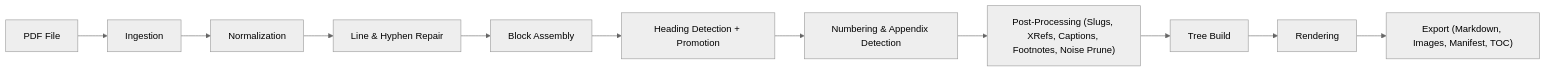
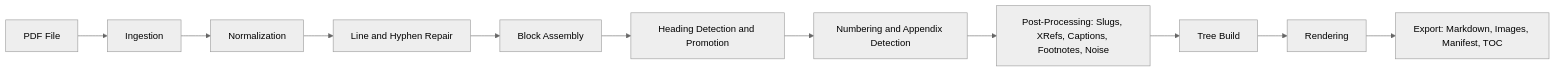
Before and after one commit to FBakkensen/bc-automated-tests-doc: the first of 5 diagrams in doc/design.md, drawn with Mermaid (neutral theme). The commit also changed other lines of this file and 4 other files, not shown here.

````diff
--- a/doc/design.md
+++ b/doc/design.md
@@ -21,13 +21,13 @@
 ```mermaid
 flowchart LR
-  A["PDF File"] --> B[Ingestion]
-  B --> C[Normalization]
-  C --> D["Line & Hyphen Repair"]
-  D --> E[Block Assembly]
-  E --> F["Heading Detection + Promotion"]
-  F --> G["Numbering & Appendix Detection"]
-  G --> H["Post-Processing (Slugs, XRefs, Captions, Footnotes, Noise Prune)"]
+  A["PDF File"] --> B["Ingestion"]
+  B --> C["Normalization"]
+  C --> D["Line and Hyphen Repair"]
+  D --> E["Block Assembly"]
+  E --> F["Heading Detection and Promotion"]
+  F --> G["Numbering and Appendix Detection"]
+  G --> H["Post-Processing: Slugs, XRefs, Captions, Footnotes, Noise"]
   H --> I["Tree Build"]
-  I --> J[Rendering]
-  J --> K["Export (Markdown, Images, Manifest, TOC)"]
+  I --> J["Rendering"]
+  J --> K["Export: Markdown, Images, Manifest, TOC"]
 ```
````
